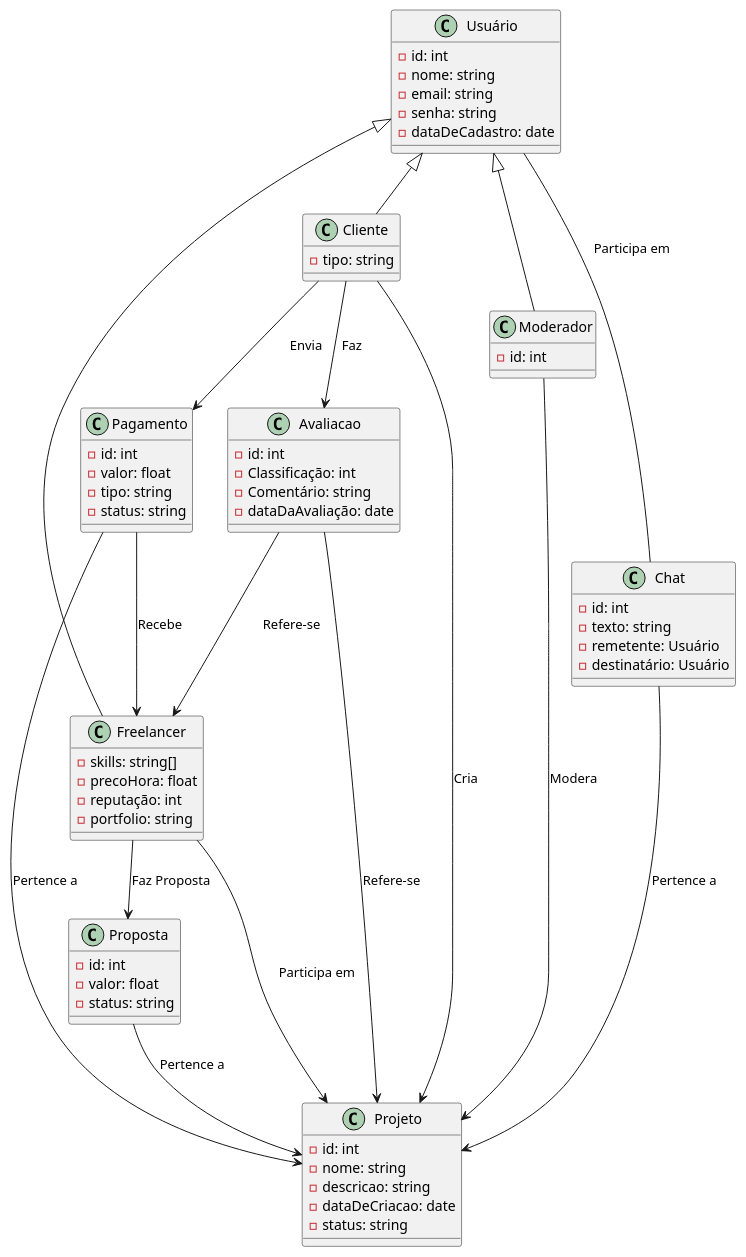
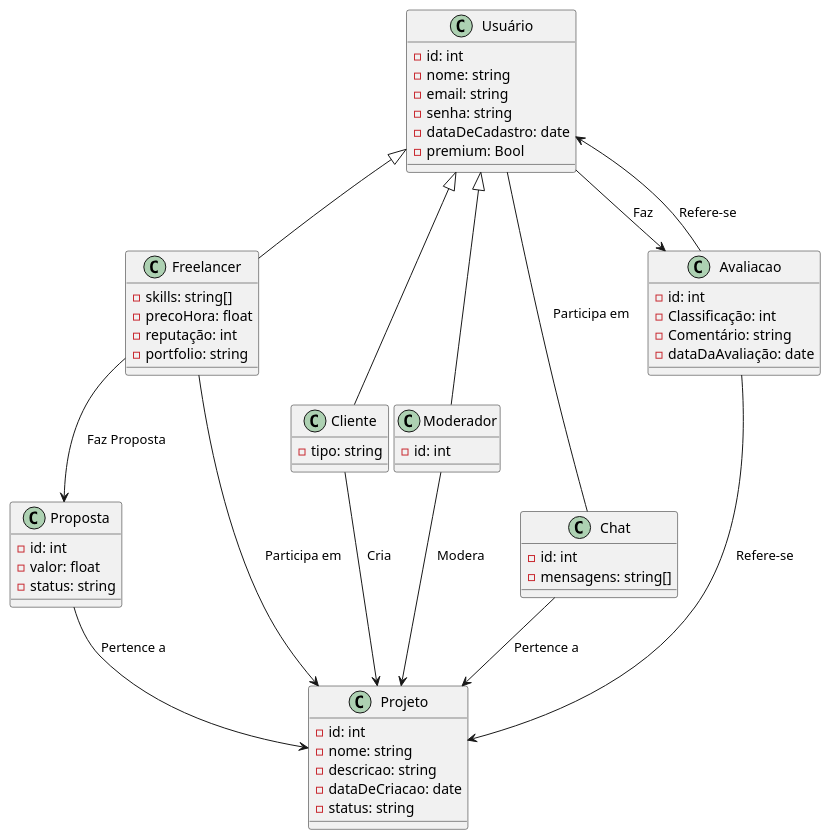
Before and after one commit to LucasNeiva/Eng-Software-II: the diagram in docs/modelo_conceitual.puml, drawn with PlantUML. The commit also changed 1 other file, not shown here.

```diff
--- a/docs/modelo_conceitual.puml
+++ b/docs/modelo_conceitual.puml
@@ -1,80 +1,70 @@
 @startuml Conceitual
 
 class Usuário {
   - id: int
   - nome: string
   - email: string
   - senha: string
   - dataDeCadastro: date
+  - premium: Bool
 }
 
 class Freelancer {
   - skills: string[]
   - precoHora: float
   - reputação: int
   - portfolio: string
 }
 
 class Cliente {
   - tipo: string
 }
 
 class Moderador {
   - id: int
 }
 
 class Proposta {
   - id: int
   - valor: float
   - status: string
 }
 
 class Projeto {
   - id: int
   - nome: string
   - descricao: string
   - dataDeCriacao: date
   - status: string
 }
 
-class Pagamento {
-  - id: int
-  - valor: float
-  - tipo: string
-  - status: string
-}
-
 class Chat {
   - id: int
-  - texto: string
-  - remetente: Usuário
-  - destinatário: Usuário
+  - mensagens: string[]
 }
 
 class Avaliacao {
     - id: int
     - Classificação: int
     - Comentário: string
     - dataDaAvaliação: date
 }
 
 Usuário <|-- Moderador
 Usuário <|-- Cliente
 Usuário <|-- Freelancer
 
-Avaliacao --> Freelancer: Refere-se
+
+Avaliacao --> Usuário : Refere-se
 Avaliacao --> Projeto: Refere-se
 
-Cliente --> Avaliacao: Faz
+Usuário --> Avaliacao: Faz
 Proposta --> Projeto: Pertence a
 Freelancer --> Proposta: Faz Proposta
 Freelancer --> Projeto: Participa em
 Cliente --> Projeto: Cria
 Chat --> Projeto: Pertence a
 Moderador --> Projeto: Modera
-Pagamento --> Projeto: Pertence a
-Cliente --> Pagamento: Envia
-Pagamento --> Freelancer: Recebe
 
 Usuário -- Chat: Participa em
 @enduml
```
